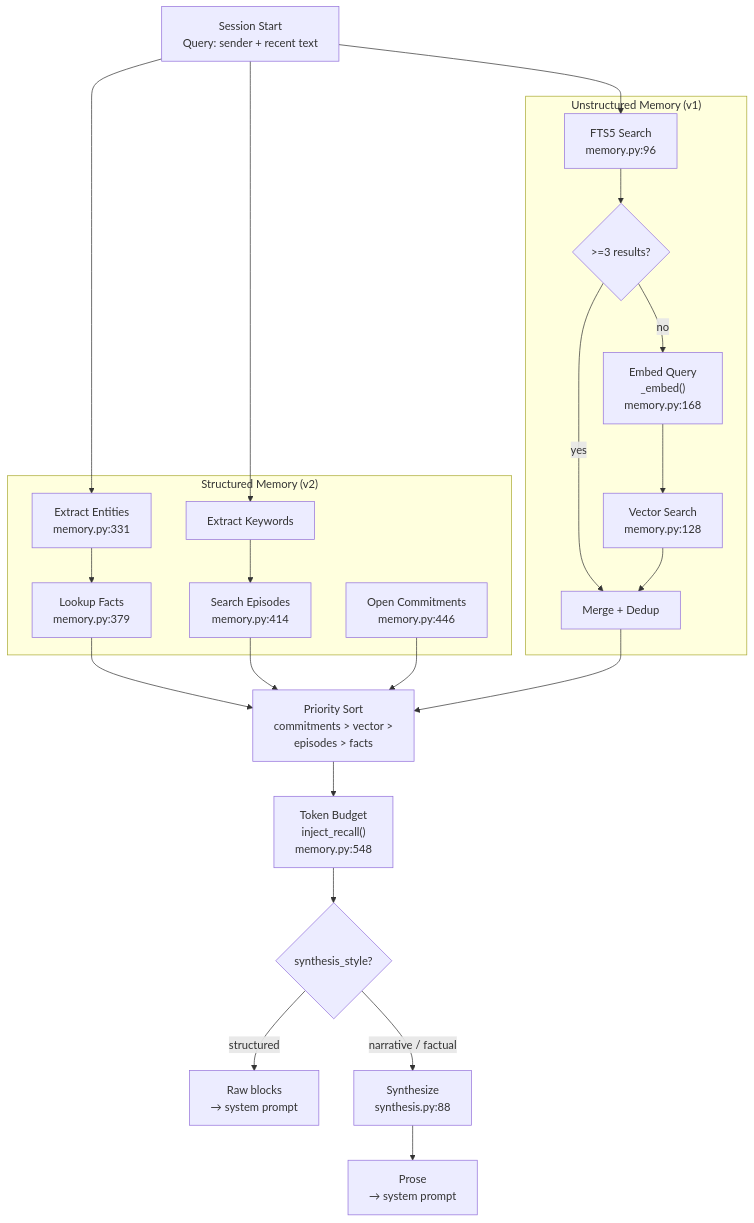
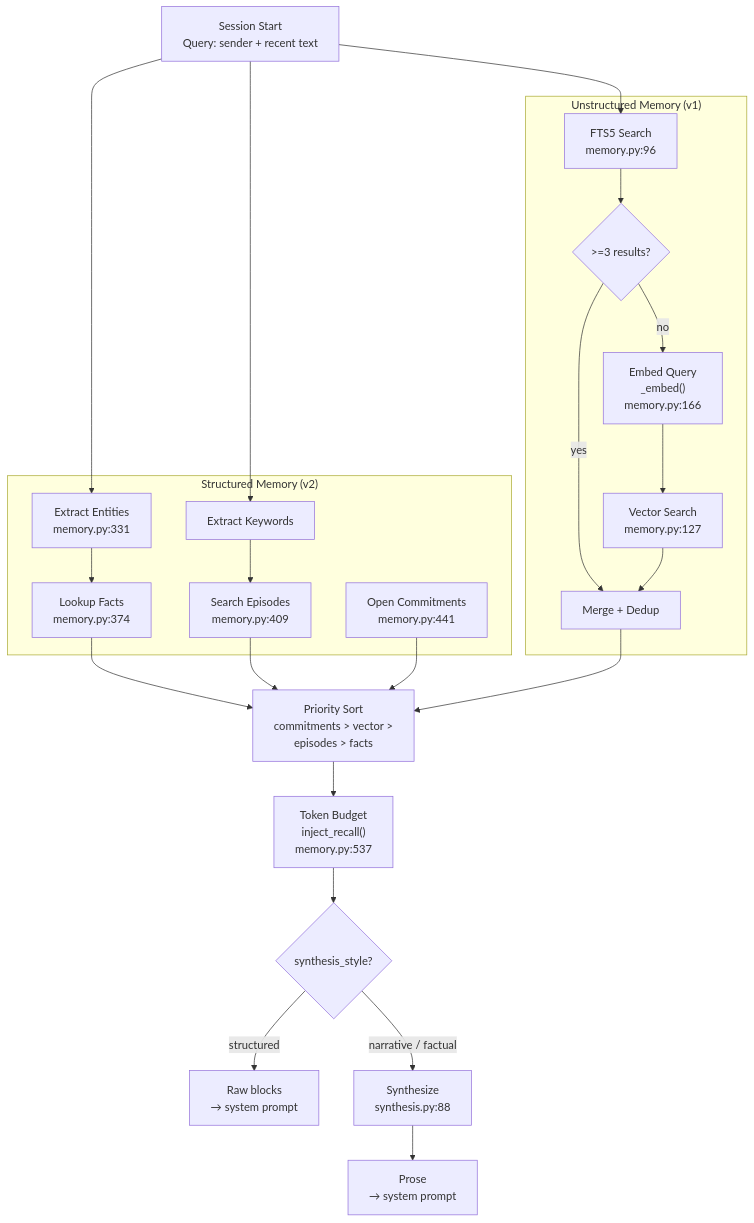
The fourth of 8 diagrams in docs/diagrams.md (nicolasforstinger/lucyd), drawn with Mermaid before and after one commit. The commit also changed other lines of this file and 15 other files, not shown here.

````diff
--- a/docs/diagrams.md
+++ b/docs/diagrams.md
@@ -139,42 +139,42 @@
 ```mermaid
 flowchart TD
     QUERY["Session Start<br/>Query: sender + recent text"]
 
     subgraph Structured["Structured Memory (v2)"]
         ENTITIES["Extract Entities<br/>memory.py:331"]
-        FACTS["Lookup Facts<br/>memory.py:379"]
+        FACTS["Lookup Facts<br/>memory.py:374"]
         KEYWORDS["Extract Keywords"]
-        EPISODES["Search Episodes<br/>memory.py:414"]
-        COMMITMENTS["Open Commitments<br/>memory.py:446"]
+        EPISODES["Search Episodes<br/>memory.py:409"]
+        COMMITMENTS["Open Commitments<br/>memory.py:441"]
     end
 
     subgraph Unstructured["Unstructured Memory (v1)"]
         FTS["FTS5 Search<br/>memory.py:96"]
         FTS_CHECK{">=3 results?"}
-        EMBED["Embed Query<br/>_embed()<br/>memory.py:168"]
-        VECTOR["Vector Search<br/>memory.py:128"]
+        EMBED["Embed Query<br/>_embed()<br/>memory.py:166"]
+        VECTOR["Vector Search<br/>memory.py:127"]
         MERGE["Merge + Dedup"]
     end
 
     PRIORITY["Priority Sort<br/>commitments > vector ><br/>episodes > facts"]
-    BUDGET["Token Budget<br/>inject_recall()<br/>memory.py:548"]
+    BUDGET["Token Budget<br/>inject_recall()<br/>memory.py:537"]
 
     SYNTH_CHECK{"synthesis_style?"}
     RAW["Raw blocks<br/>→ system prompt"]
     LLM_SYNTH["Synthesize<br/>synthesis.py:88"]
     PROSE["Prose<br/>→ system prompt"]
 
     QUERY --> ENTITIES --> FACTS
     QUERY --> KEYWORDS --> EPISODES
     QUERY --> FTS --> FTS_CHECK
     FTS_CHECK -->|yes| MERGE
     FTS_CHECK -->|no| EMBED --> VECTOR --> MERGE
 
     FACTS --> PRIORITY
     EPISODES --> PRIORITY
     COMMITMENTS --> PRIORITY
     MERGE --> PRIORITY
     PRIORITY --> BUDGET --> SYNTH_CHECK
     SYNTH_CHECK -->|structured| RAW
     SYNTH_CHECK -->|"narrative / factual"| LLM_SYNTH --> PROSE
 ```
````
